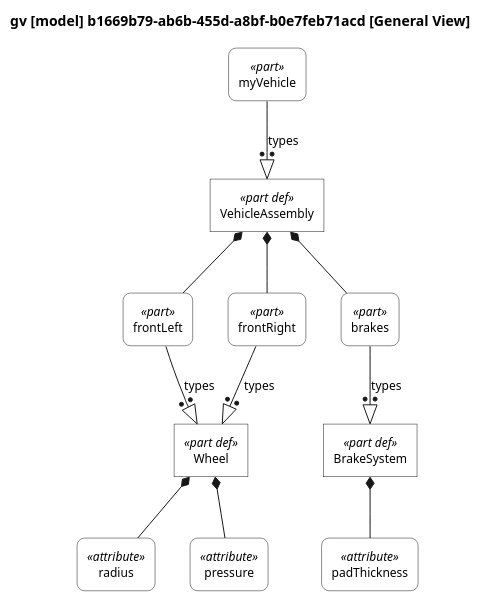
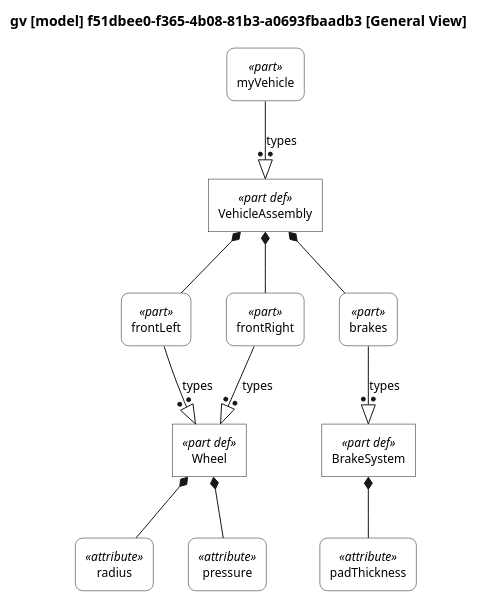
One commit to mycr0ft/sysml2py changed the diagram in docs/plantuml-examples/04-bw-style.puml. Above: the diagram before and after it, drawn with PlantUML. The commit also changed 27 other files, not shown here.

```diff
--- a/docs/plantuml-examples/04-bw-style.puml
+++ b/docs/plantuml-examples/04-bw-style.puml
@@ -1,173 +1,173 @@
 @startuml
 
 skinparam monochrome true
 skinparam wrapWidth 300
 skinparam defaultFontSize 12
 skinparam defaultFontName Helvetica
 
 skinparam rectangle<<part def>> {
     RoundCorner 0
     BackgroundColor white
 }
 skinparam rectangle<<part>> {
     RoundCorner 15
     BackgroundColor white
 }
 skinparam rectangle<<action def>> {
     RoundCorner 0
     BackgroundColor white
 }
 skinparam rectangle<<action>> {
     RoundCorner 15
     BackgroundColor white
 }
 skinparam rectangle<<state def>> {
     RoundCorner 0
     BackgroundColor white
 }
 skinparam rectangle<<state>> {
     RoundCorner 15
     BackgroundColor white
 }
 skinparam rectangle<<port def>> {
     RoundCorner 0
     BackgroundColor white
 }
 skinparam rectangle<<port>> {
     RoundCorner 15
     BackgroundColor white
 }
 skinparam rectangle<<interface def>> {
     RoundCorner 0
     BackgroundColor white
 }
 skinparam rectangle<<interface>> {
     RoundCorner 15
     BackgroundColor white
 }
 skinparam rectangle<<item def>> {
     RoundCorner 0
     BackgroundColor white
 }
 skinparam rectangle<<item>> {
     RoundCorner 15
     BackgroundColor white
 }
 skinparam rectangle<<attribute def>> {
     RoundCorner 0
     BackgroundColor white
 }
 skinparam rectangle<<attribute>> {
     RoundCorner 15
     BackgroundColor white
 }
 skinparam rectangle<<connection def>> {
     RoundCorner 0
     BackgroundColor white
 }
 skinparam rectangle<<connection>> {
     RoundCorner 15
     BackgroundColor white
 }
 skinparam rectangle<<flow def>> {
     RoundCorner 0
     BackgroundColor white
 }
 skinparam rectangle<<flow>> {
     RoundCorner 15
     BackgroundColor white
 }
 skinparam rectangle<<requirement def>> {
     RoundCorner 0
     BackgroundColor white
 }
 skinparam rectangle<<requirement>> {
     RoundCorner 15
     BackgroundColor white
 }
 skinparam rectangle<<use case def>> {
     RoundCorner 0
     BackgroundColor white
 }
 skinparam rectangle<<use case>> {
     RoundCorner 15
     BackgroundColor white
 }
 skinparam rectangle<<constraint def>> {
     RoundCorner 0
     BackgroundColor white
 }
 skinparam rectangle<<constraint>> {
     RoundCorner 15
     BackgroundColor white
 }
 skinparam rectangle<<calculation def>> {
     RoundCorner 0
     BackgroundColor white
 }
 skinparam rectangle<<calculation>> {
     RoundCorner 15
     BackgroundColor white
 }
 skinparam rectangle<<enumeration def>> {
     RoundCorner 0
     BackgroundColor white
 }
 skinparam rectangle<<enumeration>> {
     RoundCorner 15
     BackgroundColor white
 }
 skinparam rectangle<<allocation def>> {
     RoundCorner 0
     BackgroundColor white
 }
 skinparam rectangle<<allocation>> {
     RoundCorner 15
     BackgroundColor white
 }
 skinparam rectangle<<view def>> {
     RoundCorner 0
     BackgroundColor white
 }
 skinparam rectangle<<view>> {
     RoundCorner 15
     BackgroundColor white
 }
 skinparam folder<<view def>> {
     RoundCorner 0
     BackgroundColor white
 }
 skinparam folder<<view>> {
     RoundCorner 15
     BackgroundColor white
 }
 
 top to bottom direction
 
-title gv [model] b1669b79-ab6b-455d-a8bf-b0e7feb71acd [General View]
+title gv [model] f51dbee0-f365-4b08-81b3-a0693fbaadb3 [General View]
 
 hide circle
 
 rectangle "Wheel" as E1 <<part def>>
 rectangle "radius" as E2 <<attribute>>
 rectangle "pressure" as E4 <<attribute>>
 rectangle "BrakeSystem" as E6 <<part def>>
 rectangle "padThickness" as E7 <<attribute>>
 rectangle "VehicleAssembly" as E9 <<part def>>
 rectangle "frontLeft" as E10 <<part>>
 rectangle "frontRight" as E11 <<part>>
 rectangle "brakes" as E12 <<part>>
 rectangle "myVehicle" as E13 <<part>>
 
 E1 *-- E2
 E1 *-- E4
 E6 *-- E7
 E9 *-- E10
 E10 --:|> E1 : types
 E9 *-- E11
 E11 --:|> E1 : types
 E9 *-- E12
 E12 --:|> E6 : types
 E13 --:|> E9 : types
 
 @enduml
```
